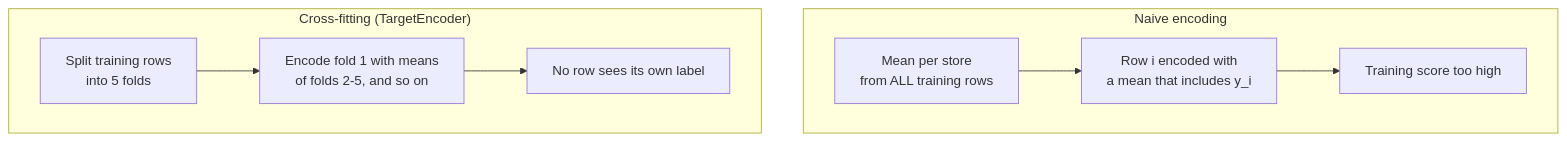
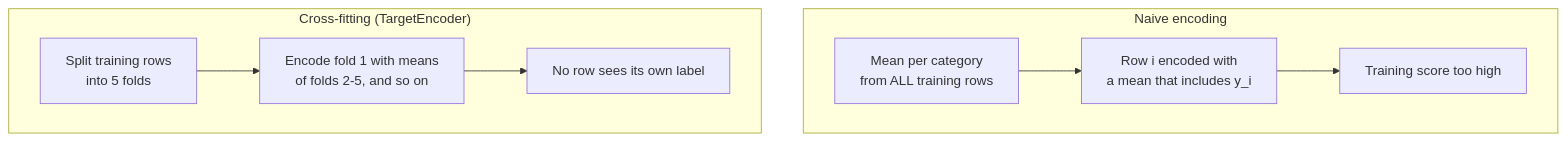
One commit to khoadaniel/statistical-programming-mpmd-htw-ws-2026 changed the second of 3 diagrams in sessions/09-feature-engineering-and-imbalance/theory/01-dates-interactions-and-categories.md. Above: the diagram before and after it, drawn with Mermaid. The commit also changed other lines of this file and 268 other files, not shown here.

````diff
--- a/sessions/09-feature-engineering-and-imbalance/theory/01-dates-interactions-and-categories.md
+++ b/sessions/09-feature-engineering-and-imbalance/theory/01-dates-interactions-and-categories.md
@@ -204,11 +206,11 @@
 ```mermaid
 flowchart TB
     subgraph naive["Naive encoding"]
-        n1["Mean per store<br/>from ALL training rows"] --> n2["Row i encoded with<br/>a mean that includes y_i"]
+        n1["Mean per category<br/>from ALL training rows"] --> n2["Row i encoded with<br/>a mean that includes y_i"]
         n2 --> n3["Training score too high"]
     end
     subgraph cross["Cross-fitting (TargetEncoder)"]
         c1["Split training rows<br/>into 5 folds"] --> c2["Encode fold 1 with means<br/>of folds 2-5, and so on"]
         c2 --> c3["No row sees its own label"]
     end
 ```
````
